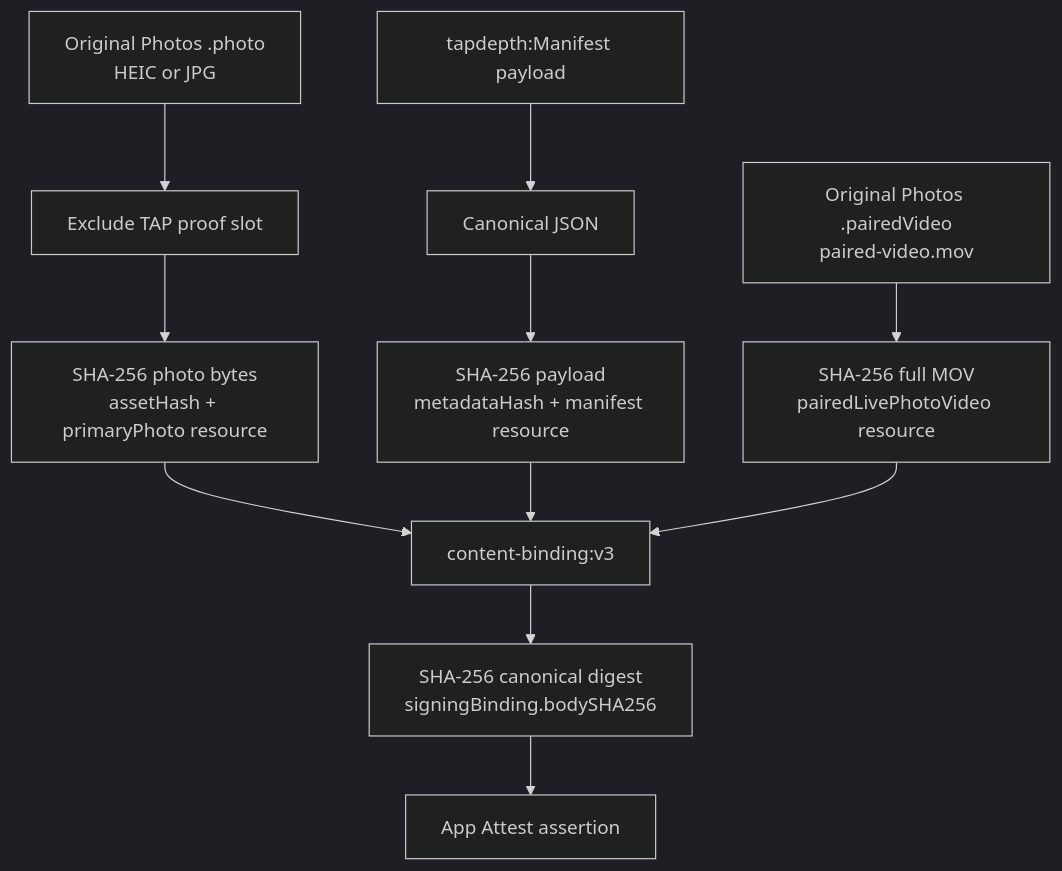
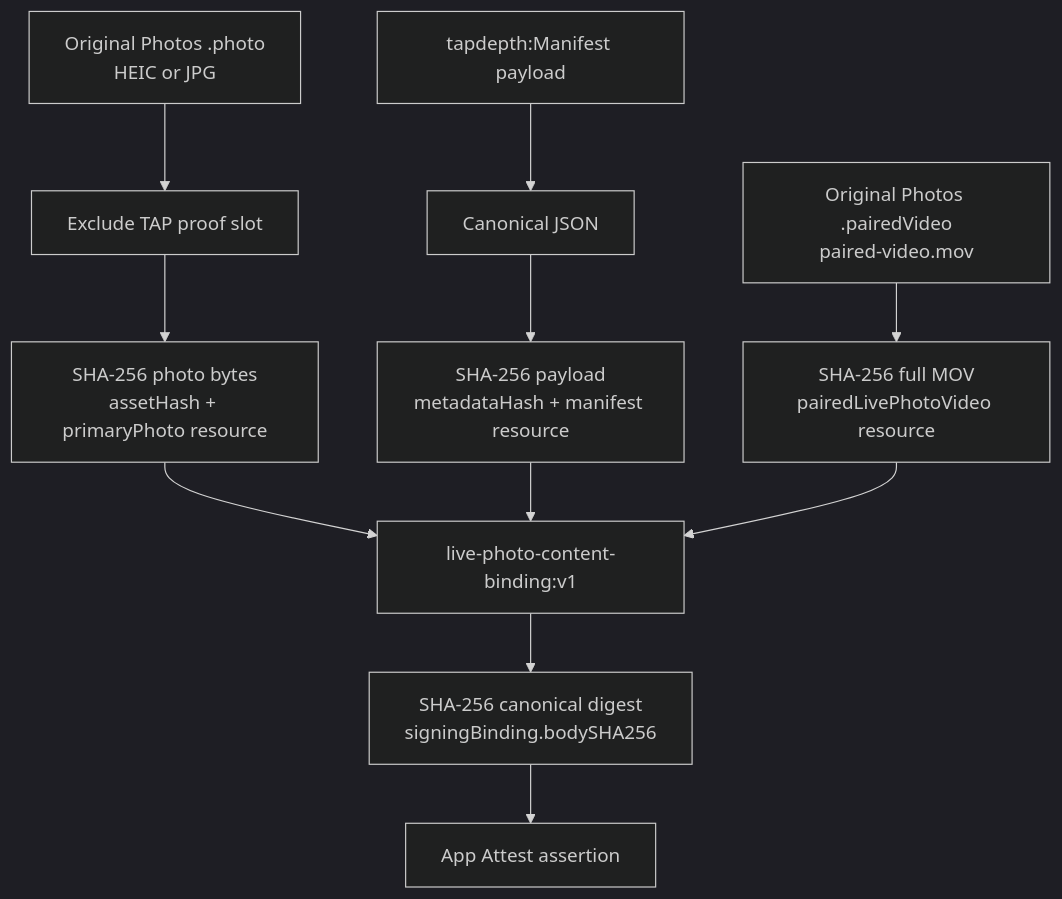
One commit to TAP-NAP/TAPCamDemo changed the diagram in TAPCamDemo/CameraCapture/Documentation/PACKAGING.md. Above: the diagram before and after it, drawn with Mermaid (dark theme). The commit also changed other lines of this file and 75 other files, not shown here.

````diff
--- a/TAPCamDemo/CameraCapture/Documentation/PACKAGING.md
+++ b/TAPCamDemo/CameraCapture/Documentation/PACKAGING.md
@@ -191,13 +191,13 @@
 ```mermaid
 flowchart TD
     Primary["Original Photos .photo<br/>HEIC or JPG"] --> Slot["Exclude TAP proof slot"]
     Slot --> PrimaryHash["SHA-256 photo bytes<br/>assetHash + primaryPhoto resource"]
     Manifest["tapdepth:Manifest payload"] --> PayloadJSON["Canonical JSON"]
     PayloadJSON --> ManifestHash["SHA-256 payload<br/>metadataHash + manifest resource"]
     MOV["Original Photos .pairedVideo<br/>paired-video.mov"] --> MOVHash["SHA-256 full MOV<br/>pairedLivePhotoVideo resource"]
-    PrimaryHash --> Digest["content-binding:v3"]
+    PrimaryHash --> Digest["live-photo-content-binding:v1"]
     ManifestHash --> Digest
     MOVHash --> Digest
     Digest --> BindingHash["SHA-256 canonical digest<br/>signingBinding.bodySHA256"]
     BindingHash --> AppAttest["App Attest assertion"]
 ```
````
